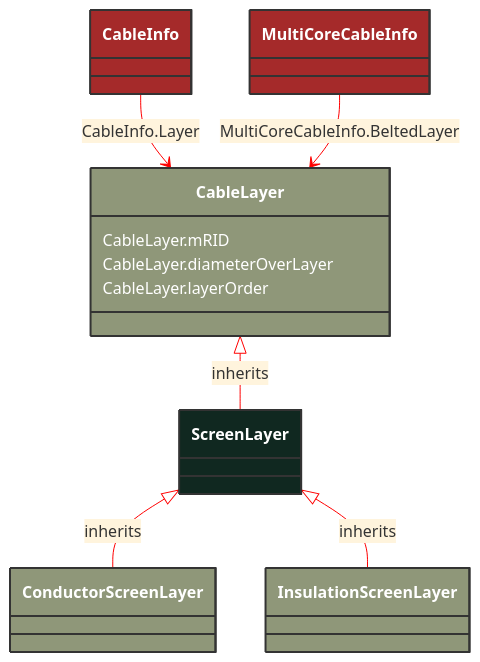
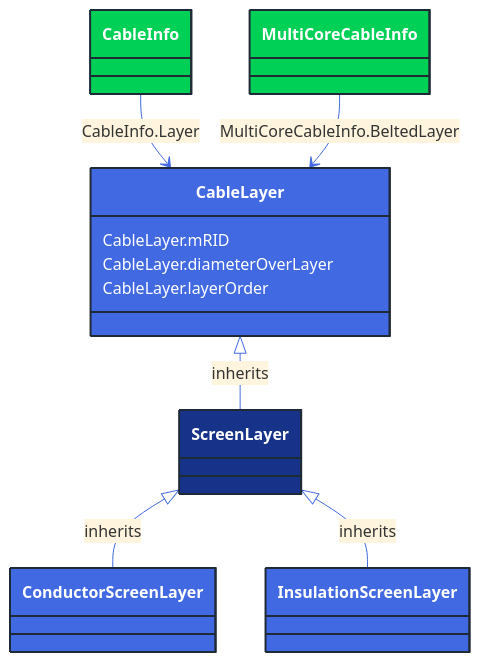
The diagram in docs/Models/Profiles/SubseaCableInfo/ConcreteClasses/ScreenLayer.md (3lbits/NoCIMExtensions), drawn with Mermaid before and after one commit. The commit also changed 362 other files, not shown here.

First line of the commit message:
Update diagrams and styles for improved visual consistency

````diff
--- a/docs/Models/Profiles/SubseaCableInfo/ConcreteClasses/ScreenLayer.md
+++ b/docs/Models/Profiles/SubseaCableInfo/ConcreteClasses/ScreenLayer.md
@@ -8,41 +8,41 @@
 ```mermaid
-%%{init: {'theme':'base','themeVariables': {'lineColor': '#FF0000'}}}%%
+%%{init: {'theme':'base','themeVariables': {'lineColor': '#4169E1'}}}%%
 classDiagram
     class ScreenLayer
     click ScreenLayer href "/Models/Profiles/SubseaCableInfo/ConcreteClasses/ScreenLayer/"
-    style ScreenLayer fill:#102820,stroke:#333,stroke-width:2px,rx:10,ry:10,color:white
+    style ScreenLayer fill:#163289,stroke:#1F2A37,stroke-width:2px,rx:10,ry:10,color:white
 
         ScreenLayer <|-- ConductorScreenLayer : inherits
 
         ConductorScreenLayer
             click ConductorScreenLayer href "/Models/Profiles/SubseaCableInfo/ConcreteClasses/ConductorScreenLayer/"
-            style ConductorScreenLayer fill:#8F9779,stroke:#333,stroke-width:2px,rx:10,ry:10,color:white
+            style ConductorScreenLayer fill:#4169E1,stroke:#1F2A37,stroke-width:2px,rx:10,ry:10,color:white
 
         ScreenLayer <|-- InsulationScreenLayer : inherits
 
         InsulationScreenLayer
             click InsulationScreenLayer href "/Models/Profiles/SubseaCableInfo/ConcreteClasses/InsulationScreenLayer/"
-            style InsulationScreenLayer fill:#8F9779,stroke:#333,stroke-width:2px,rx:10,ry:10,color:white
+            style InsulationScreenLayer fill:#4169E1,stroke:#1F2A37,stroke-width:2px,rx:10,ry:10,color:white
      
         CableLayer <|-- ScreenLayer : inherits
             click CableLayer href "/Models/Profiles/SubseaCableInfo/AbstractClasses/CableLayer/"
-            style CableLayer fill:#8F9779,stroke:#333,stroke-width:2px,rx:10,ry:10,color:white
+            style CableLayer fill:#4169E1,stroke:#1F2A37,stroke-width:2px,rx:10,ry:10,color:white
 
 
         CableInfo --> CableLayer : CableInfo.Layer
 
         CableInfo
             click CableInfo href "/Models/Profiles/SubseaCableInfo/ConcreteClasses/CableInfo/"
-            style CableInfo fill:#A52A2A,stroke:#333,stroke-width:2px,rx:10,ry:10,color:white
+            style CableInfo fill:#00D156,stroke:#1F2A37,stroke-width:2px,rx:10,ry:10,color:white
 
         MultiCoreCableInfo --> CableLayer : MultiCoreCableInfo.BeltedLayer
 
         MultiCoreCableInfo
             click MultiCoreCableInfo href "/Models/Profiles/SubseaCableInfo/ConcreteClasses/MultiCoreCableInfo/"
-            style MultiCoreCableInfo fill:#A52A2A,stroke:#333,stroke-width:2px,rx:10,ry:10,color:white
+            style MultiCoreCableInfo fill:#00D156,stroke:#1F2A37,stroke-width:2px,rx:10,ry:10,color:white
 
 
         CableLayer : CableLayer.mRID
         CableLayer : CableLayer.diameterOverLayer
         CableLayer : CableLayer.layerOrder
 ```
````
